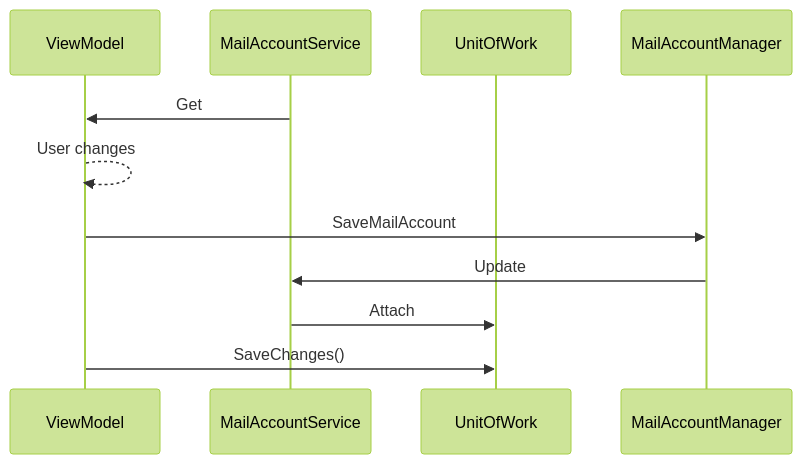
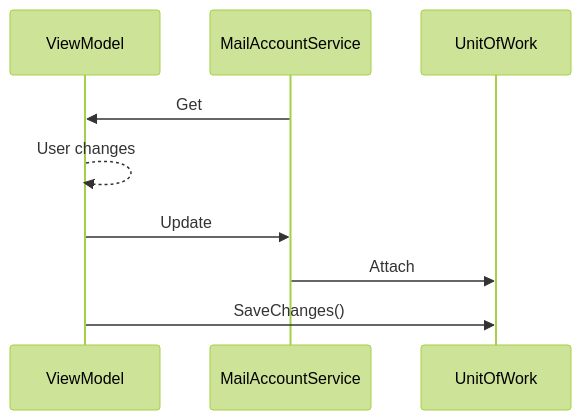
One commit to jan-schubert/Mailie changed the second of 3 diagrams in Documentation/Settings.md. Above: the diagram before and after it, drawn with Mermaid (forest theme). The commit also changed other lines of this file, not shown here.

````diff
--- a/Documentation/Settings.md
+++ b/Documentation/Settings.md
@@ -17,13 +17,12 @@
 ```mermaid
 sequenceDiagram
 participant ViewModel
 participant MailAccountService
 participant UnitOfWork
 
 MailAccountService->>ViewModel: Get
 ViewModel-->>ViewModel: User changes
-ViewModel->>MailAccountManager: SaveMailAccount
-MailAccountManager->>MailAccountService: Update
+ViewModel->>MailAccountService: Update
 MailAccountService->>UnitOfWork: Attach
 ViewModel->>UnitOfWork: SaveChanges()
 ```
````
